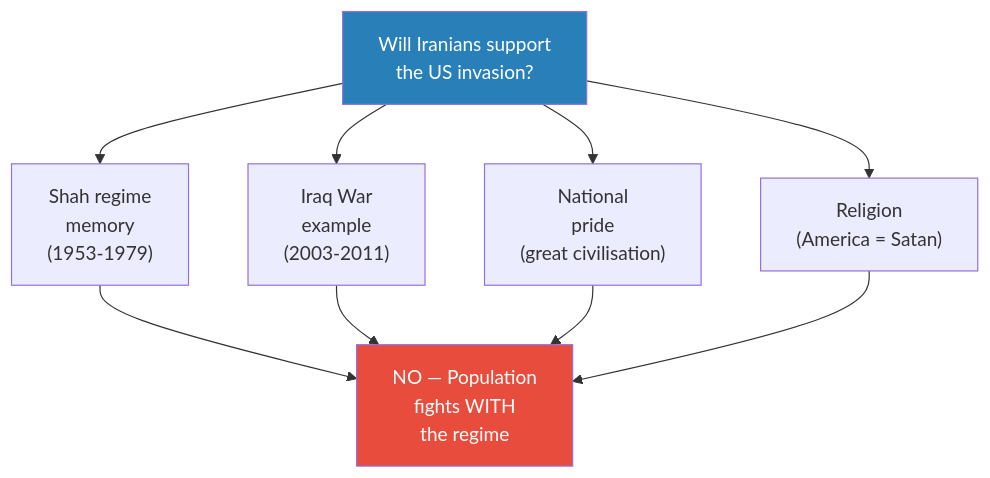
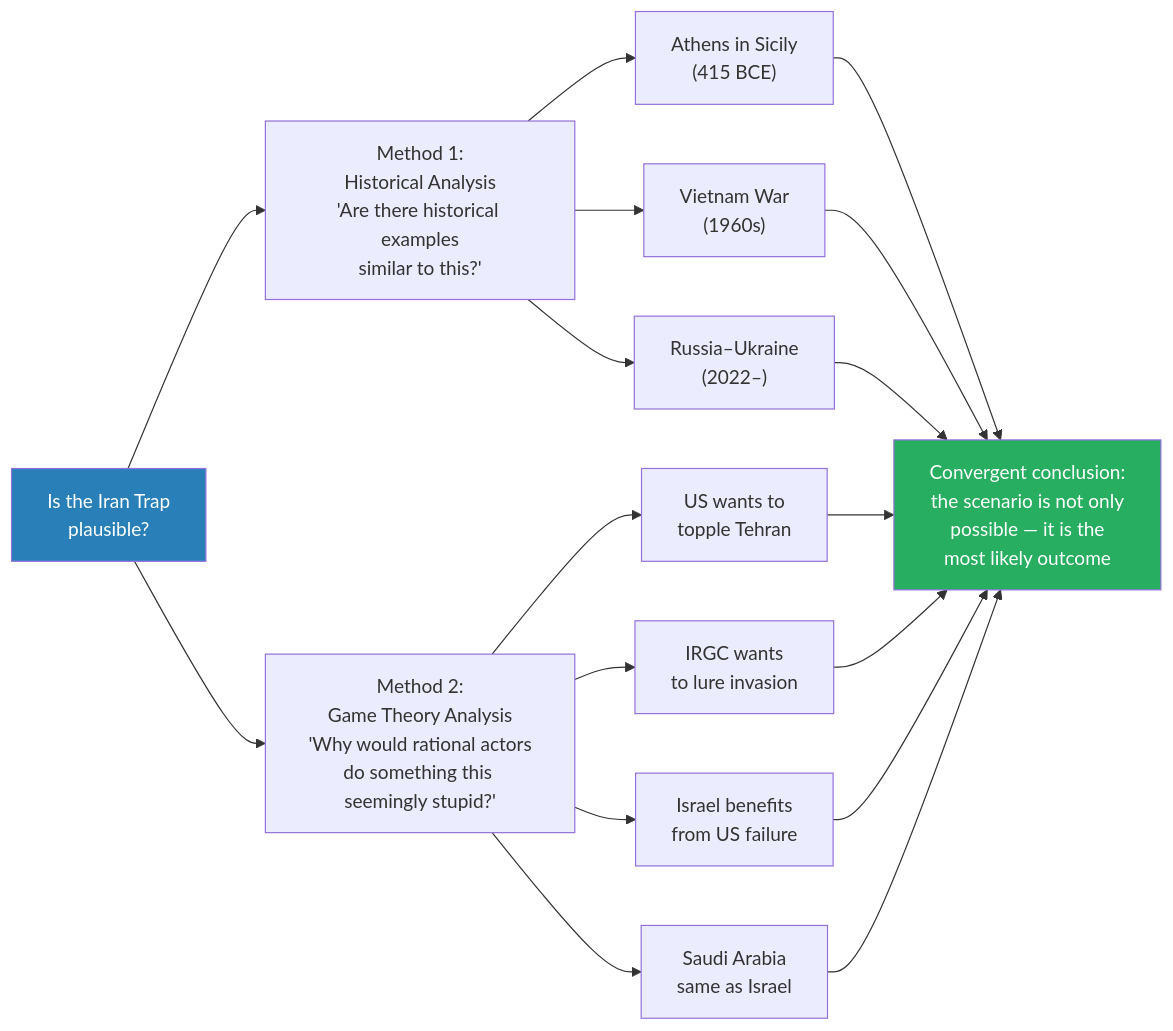
Before and after one commit to alius33/reader: the fifth of 11 diagrams in summaries/Lectures/Geo-Strategy/08 - The Iran Trap.md, drawn with Mermaid. The commit also changed other lines of this file and 26 other files, not shown here.

````diff
--- a/summaries/Lectures/Geo-Strategy/08 - The Iran Trap.md
+++ b/summaries/Lectures/Geo-Strategy/08 - The Iran Trap.md
@@ -323,14 +338,22 @@
 ```mermaid
-flowchart TB
-    Q["Will Iranians support<br/>the US invasion?"]
-    Q --> R1["Shah regime<br/>memory<br/>(1953-1979)"]
-    Q --> R2["Iraq War<br/>example<br/>(2003-2011)"]
-    Q --> R3["National<br/>pride<br/>(great civilisation)"]
-    Q --> R4["Religion<br/>(America = Satan)"]
-    R1 --> NO["NO — Population<br/>fights WITH<br/>the regime"]
-    R2 --> NO
-    R3 --> NO
-    R4 --> NO
-    style NO fill:#e74c3c,color:#fff
+flowchart LR
+    Q["Is the Iran Trap<br/>plausible?"]
+    Q --> M1["Method 1:<br/>Historical Analysis<br/>'Are there historical examples<br/>similar to this?'"]
+    Q --> M2["Method 2:<br/>Game Theory Analysis<br/>'Why would rational actors<br/>do something this seemingly stupid?'"]
+    M1 --> H1["Athens in Sicily<br/>(415 BCE)"]
+    M1 --> H2["Vietnam War<br/>(1960s)"]
+    M1 --> H3["Russia–Ukraine<br/>(2022–)"]
+    M2 --> G1["US wants to<br/>topple Tehran"]
+    M2 --> G2["IRGC wants<br/>to lure invasion"]
+    M2 --> G3["Israel benefits<br/>from US failure"]
+    M2 --> G4["Saudi Arabia<br/>same as Israel"]
+    H1 --> C["Convergent conclusion:<br/>the scenario is not only<br/>possible — it is the<br/>most likely outcome"]
+    H2 --> C
+    H3 --> C
+    G1 --> C
+    G2 --> C
+    G3 --> C
+    G4 --> C
+    style C fill:#27ae60,color:#fff
     style Q fill:#2980b9,color:#fff
 ```
````
